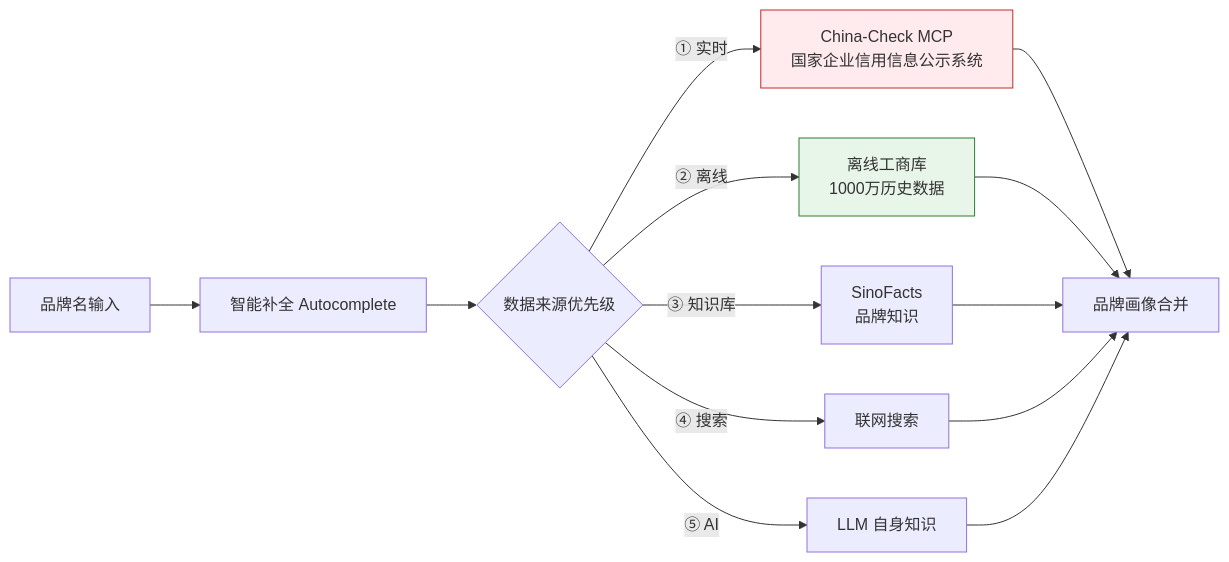
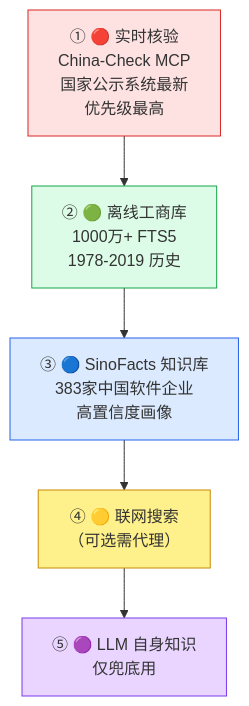
One commit to deep2code/geo changed diagram 23 of 29 in docs/getting-started.md. Above: the diagram before and after it, drawn with Mermaid. The commit also changed other lines of this file and 3 other files, not shown here.

First line of the commit message:
docs: 全面美化文档，大量采用 Mermaid 图表

````diff
--- a/docs/getting-started.md
+++ b/docs/getting-started.md
@@ -550,14 +754,14 @@
 ```mermaid
-flowchart LR
-    A["品牌名输入"] --> B["智能补全 Autocomplete"]
-    B --> C{"数据来源优先级"}
-    C -->|"① 实时"| D["China-Check MCP<br/>国家企业信用信息公示系统"]
-    C -->|"② 离线"| E["离线工商库<br/>1000万历史数据"]
-    C -->|"③ 知识库"| F["SinoFacts<br/>品牌知识"]
-    C -->|"④ 搜索"| G["联网搜索"]
-    C -->|"⑤ AI"| H["LLM 自身知识"]
-    D & E & F & G & H --> I["品牌画像合并"]
+graph TB
+    P1["① 🔴 实时核验<br/>China-Check MCP<br/>国家公示系统最新<br/>优先级最高"]
+    P1 --> P2["② 🟢 离线工商库<br/>1000万+ FTS5<br/>1978-2019 历史"]
+    P2 --> P3["③ 🔵 SinoFacts 知识库<br/>383家中国软件企业<br/>高置信度画像"]
+    P3 --> P4["④ 🟡 联网搜索<br/>（可选需代理）"]
+    P4 --> P5["⑤ 🟣 LLM 自身知识<br/>仅兜底用"]
 
-    style D fill:#ffebee,stroke:#c62828
-    style E fill:#e8f5e9,stroke:#2e7d32
+    style P1 fill:#fee2e2,stroke:#dc2626
+    style P2 fill:#dcfce7,stroke:#16a34a
+    style P3 fill:#dbeafe,stroke:#2563eb
+    style P4 fill:#fef08a,stroke:#ca8a04
+    style P5 fill:#e9d5ff,stroke:#7c3aed
 ```
````
